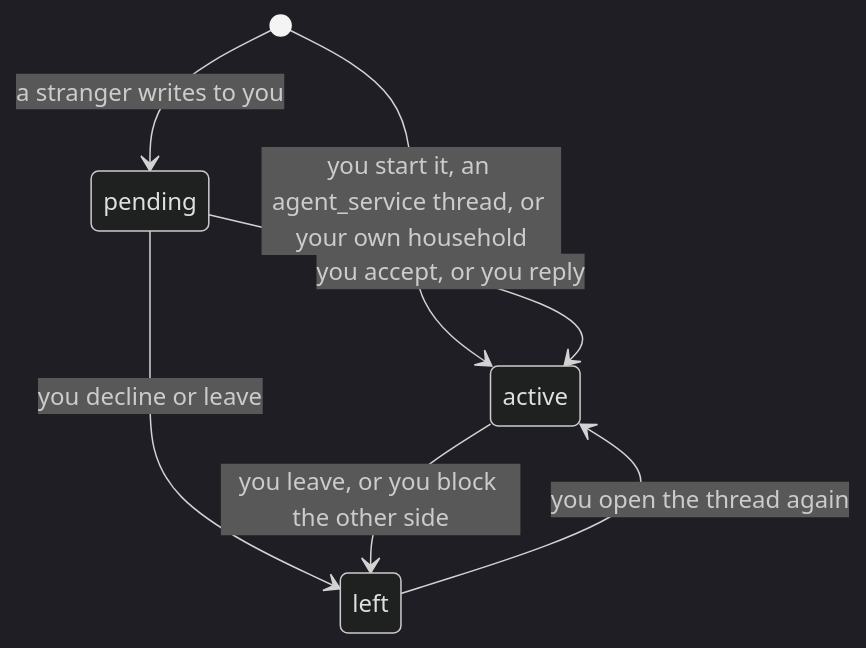
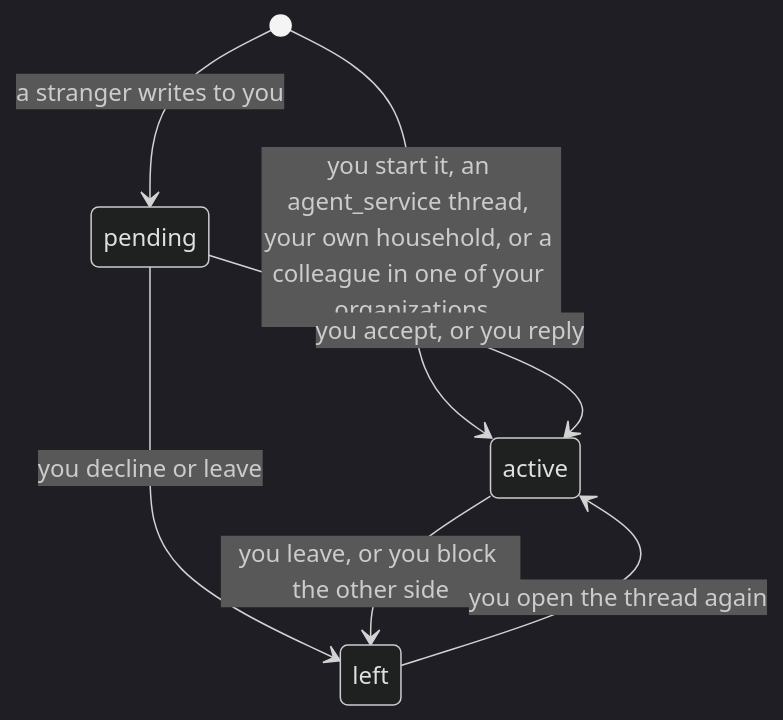
Before and after one commit to SecureAgentTools/TheProtocol: the first of 2 diagrams in AgentVault/agentvault_registry/src/agentvault_registry/static/new_registry_frontend/src/assets/docs/oracle/34_ourchat.md, drawn with Mermaid (dark theme). The commit also changed other lines of this file and 178 other files, not shown here.

````diff
--- a/AgentVault/agentvault_registry/src/agentvault_registry/static/new_registry_frontend/src/assets/docs/oracle/34_ourchat.md
+++ b/AgentVault/agentvault_registry/src/agentvault_registry/static/new_registry_frontend/src/assets/docs/oracle/34_ourchat.md
@@ -37,9 +37,9 @@
 ```mermaid
 stateDiagram-v2
     [*] --> pending : a stranger writes to you
-    [*] --> active : you start it, an agent_service thread, or your own household
+    [*] --> active : you start it, an agent_service thread, your own household, or a colleague in one of your organizations
     pending --> active : you accept, or you reply
     pending --> left : you decline or leave
     active --> left : you leave, or you block the other side
     left --> active : you open the thread again
 ```
````
